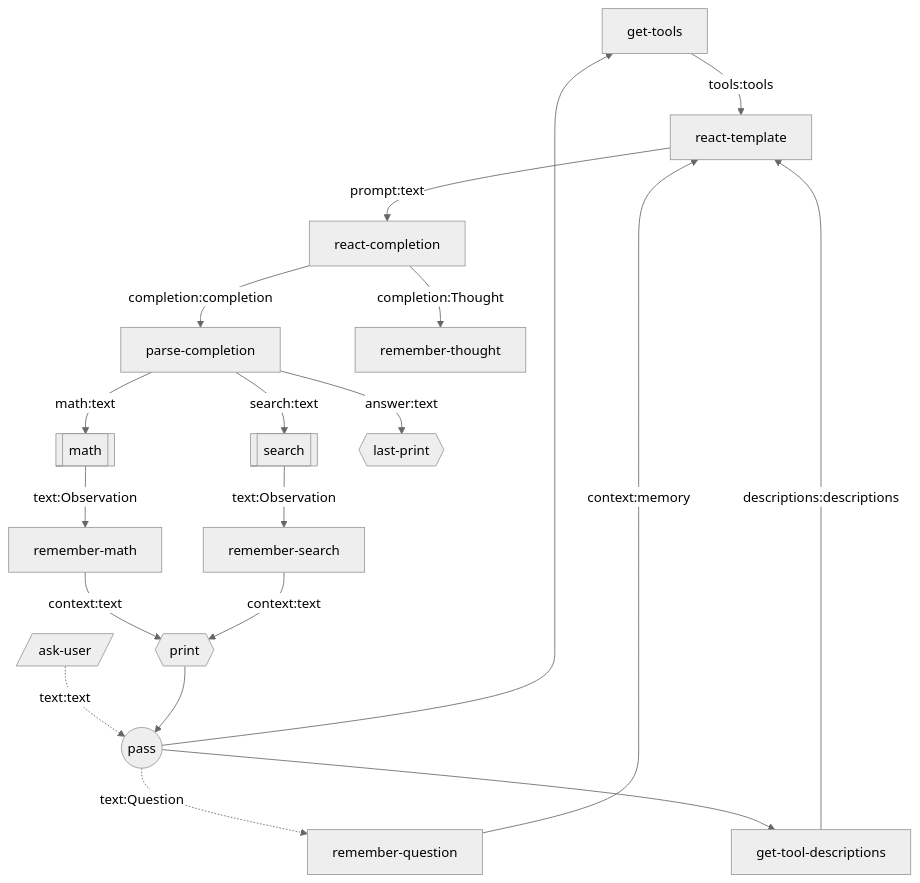
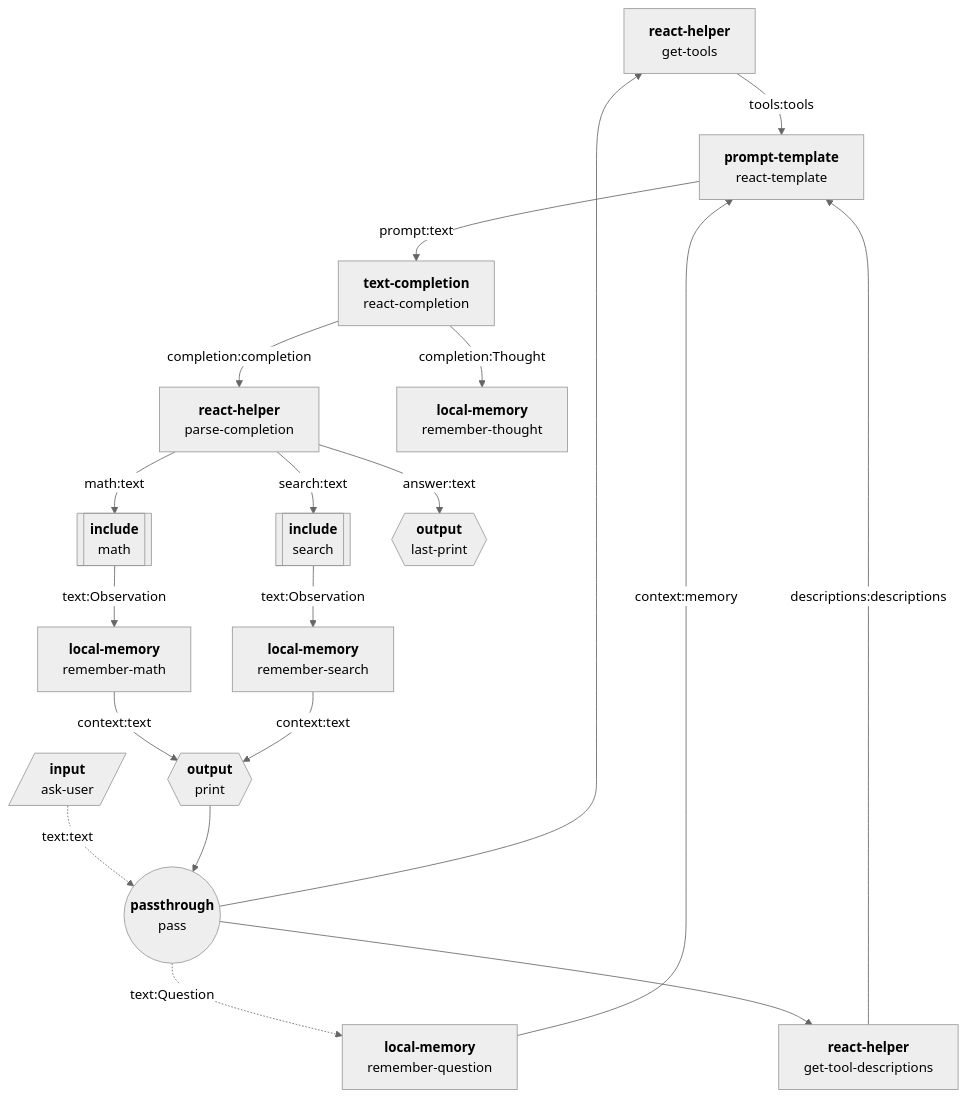
The diagram in seeds/graph-playground/docs/graphs/react-with-include.md (breadboard-ai/breadboard), drawn with Mermaid (neutral theme) before and after one commit. The commit also changed 11 other files, not shown here.

Commit message:
[graph-playground] Show node types.

````diff
--- a/seeds/graph-playground/docs/graphs/react-with-include.md
+++ b/seeds/graph-playground/docs/graphs/react-with-include.md
@@ -4,21 +4,57 @@
 ```mermaid
 graph TD;
-get-tools -- tools:tools --> react-template
-get-tool-descriptions -- descriptions:descriptions --> react-template
-ask-user[/ask-user/] -. text:text .-> pass((pass))
-pass((pass)) --> get-tools
-pass((pass)) -. text:Question .-> remember-question
-remember-question -- context:memory --> react-template
-pass((pass)) --> get-tool-descriptions
-react-template -- prompt:text --> react-completion
-react-completion -- completion:completion --> parse-completion
-react-completion -- completion:Thought --> remember-thought
-parse-completion -- search:text --> search[[search]]
-parse-completion -- math:text --> math[[math]]
-math[[math]] -- text:Observation --> remember-math
-remember-math -- context:text --> print{{print}}
-search[[search]] -- text:Observation --> remember-search
-remember-search -- context:text --> print{{print}}
-print{{print}} --> pass((pass))
-parse-completion -- answer:text --> last-print{{last-print}}
+get-tools["`**react-helper**
+get-tools`"] -- tools:tools --> react-template["`**prompt-template**
+react-template`"]
+get-tool-descriptions["`**react-helper**
+get-tool-descriptions`"] -- descriptions:descriptions --> react-template["`**prompt-template**
+react-template`"]
+ask-user[/"`**input**
+ask-user`"/]:::input -. text:text .-> pass(("`**passthrough**
+pass`")):::passthrough
+pass(("`**passthrough**
+pass`")):::passthrough --> get-tools["`**react-helper**
+get-tools`"]
+pass(("`**passthrough**
+pass`")):::passthrough -. text:Question .-> remember-question["`**local-memory**
+remember-question`"]
+remember-question["`**local-memory**
+remember-question`"] -- context:memory --> react-template["`**prompt-template**
+react-template`"]
+pass(("`**passthrough**
+pass`")):::passthrough --> get-tool-descriptions["`**react-helper**
+get-tool-descriptions`"]
+react-template["`**prompt-template**
+react-template`"] -- prompt:text --> react-completion["`**text-completion**
+react-completion`"]
+react-completion["`**text-completion**
+react-completion`"] -- completion:completion --> parse-completion["`**react-helper**
+parse-completion`"]
+react-completion["`**text-completion**
+react-completion`"] -- completion:Thought --> remember-thought["`**local-memory**
+remember-thought`"]
+parse-completion["`**react-helper**
+parse-completion`"] -- search:text --> search[["`**include**
+search`"]]:::include
+parse-completion["`**react-helper**
+parse-completion`"] -- math:text --> math[["`**include**
+math`"]]:::include
+math[["`**include**
+math`"]]:::include -- text:Observation --> remember-math["`**local-memory**
+remember-math`"]
+remember-math["`**local-memory**
+remember-math`"] -- context:text --> print{{"`**output**
+print`"}}:::output
+search[["`**include**
+search`"]]:::include -- text:Observation --> remember-search["`**local-memory**
+remember-search`"]
+remember-search["`**local-memory**
+remember-search`"] -- context:text --> print{{"`**output**
+print`"}}:::output
+print{{"`**output**
+print`"}}:::output --> pass(("`**passthrough**
+pass`")):::passthrough
+parse-completion["`**react-helper**
+parse-completion`"] -- answer:text --> last-print{{"`**output**
+last-print`"}}:::output
 ```
````
